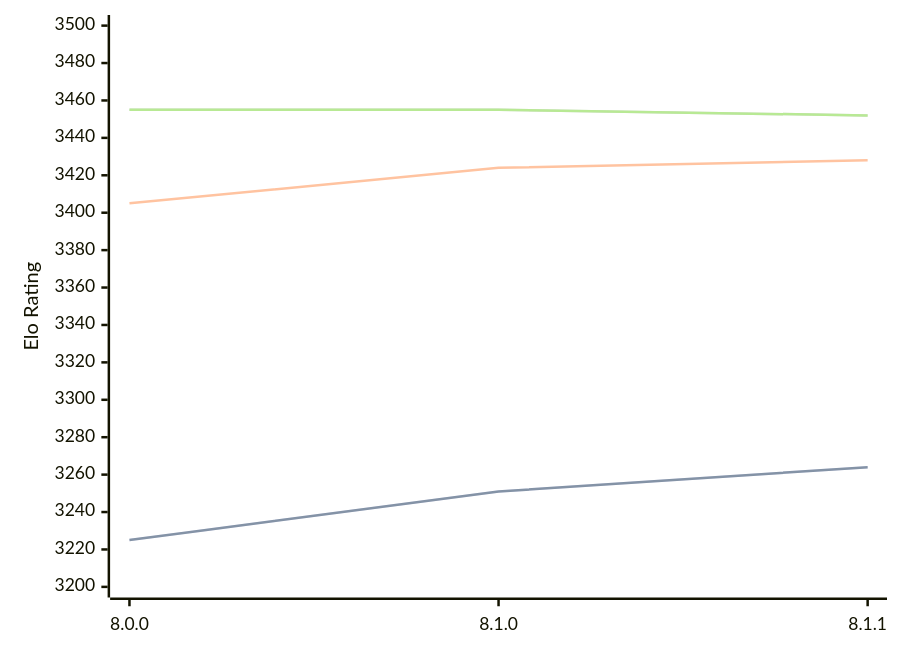
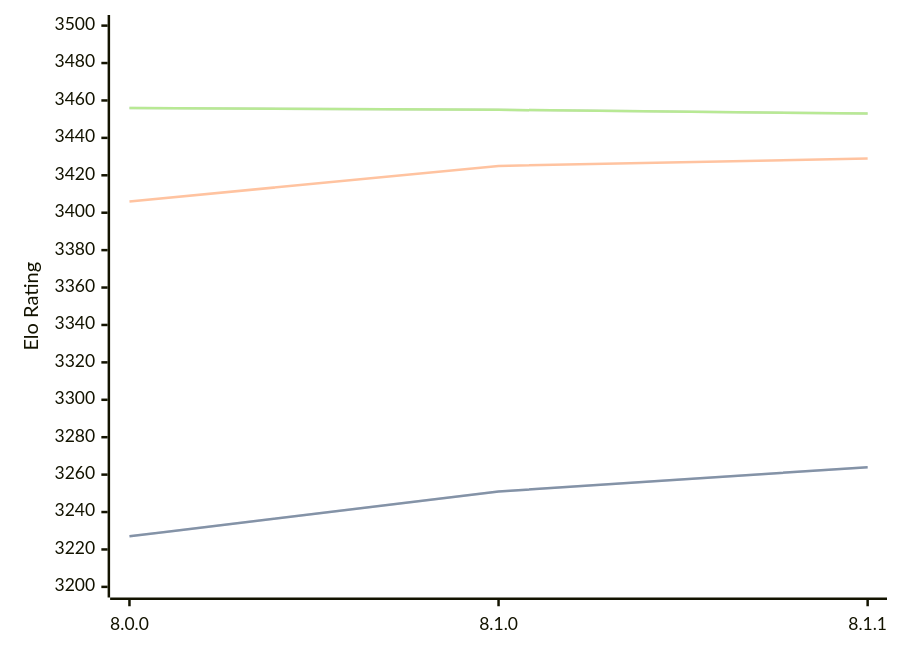
One commit to computer-chess-index/cci changed the first of 3 diagrams in engines/Velvet.md. Above: the diagram before and after it, drawn with Mermaid. The commit also changed other lines of this file, not shown here.

Commit message:
Update CCI Ratings (ELO VLTC) - 2026-06-16

````diff
--- a/engines/Velvet.md
+++ b/engines/Velvet.md
@@ -57,11 +57,11 @@
 ```mermaid
 %%{init: {"theme":"base","themeVariables":{"seriesColors:['#a3a3a3','#222221','#faa371']}}}%%
 xychart-beta
   x-axis ["8.0.0", "8.1.0", "8.1.1"]
   y-axis "Elo Rating" 3200 --> 3500
-  line "STC (8.0+0.08s)" [3225, 3251, 3264]
-  line "STC (8.0+0.08s)" [3225, 3251, 3264]
-  line "LTC (60.0+0.60s)" [3405, 3424, 3428]
-  line "VLTC (2m24s+1.12s)" [3455, 3455, 3452]
-  line "VLTC (2m24s+1.12s)" [3455, 3455, 3452]
+  line "STC (8.0+0.08s)" [3227, 3251, 3264]
+  line "STC (8.0+0.08s)" [3227, 3251, 3264]
+  line "LTC (60.0+0.60s)" [3406, 3425, 3429]
+  line "VLTC (2m24s+1.12s)" [3456, 3455, 3453]
+  line "VLTC (2m24s+1.12s)" [3456, 3455, 3453]
 ```
````
